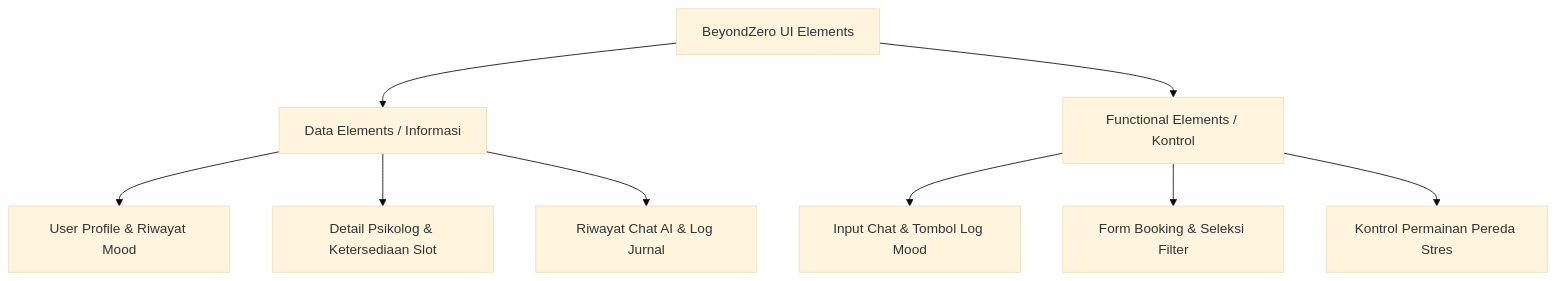
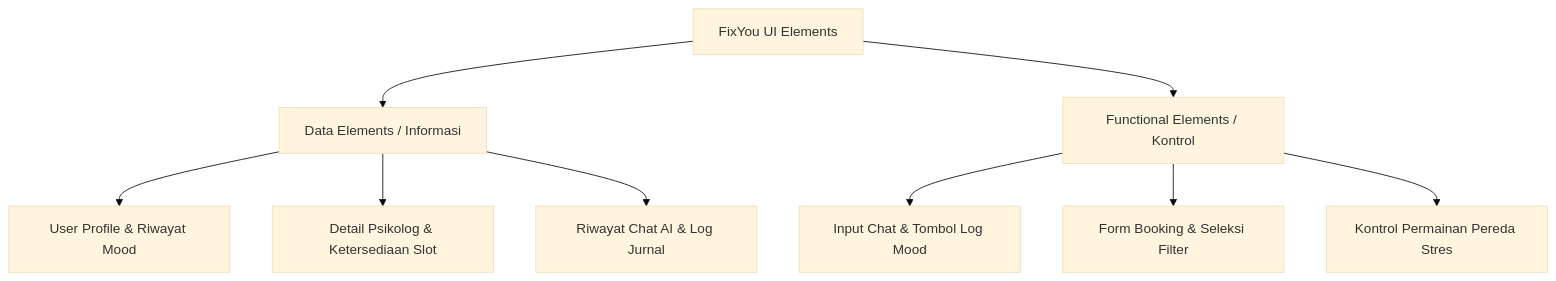
Before and after one commit to relinggaa/beyondzero: the diagram in design_requirements.md, drawn with Mermaid (base theme). The commit also changed other lines of this file, not shown here.

````diff
--- a/design_requirements.md
+++ b/design_requirements.md
@@ -121,13 +121,13 @@
 ```mermaid
 graph TD
-    A[BeyondZero UI Elements] --> B[Data Elements / Informasi]
+    A[FixYou UI Elements] --> B[Data Elements / Informasi]
     A --> C[Functional Elements / Kontrol]
     
     B --> B1[User Profile & Riwayat Mood]
     B --> B2[Detail Psikolog & Ketersediaan Slot]
     B --> B3[Riwayat Chat AI & Log Jurnal]
     
     C --> C1[Input Chat & Tombol Log Mood]
     C --> C2[Form Booking & Seleksi Filter]
     C --> C3[Kontrol Permainan Pereda Stres]
 ```
````
